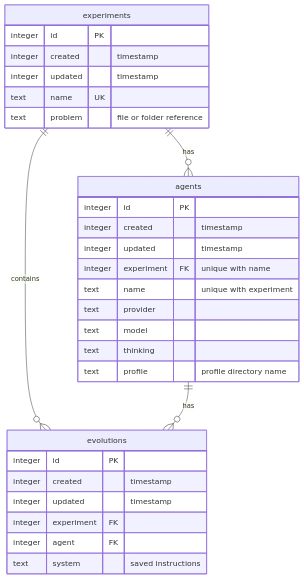
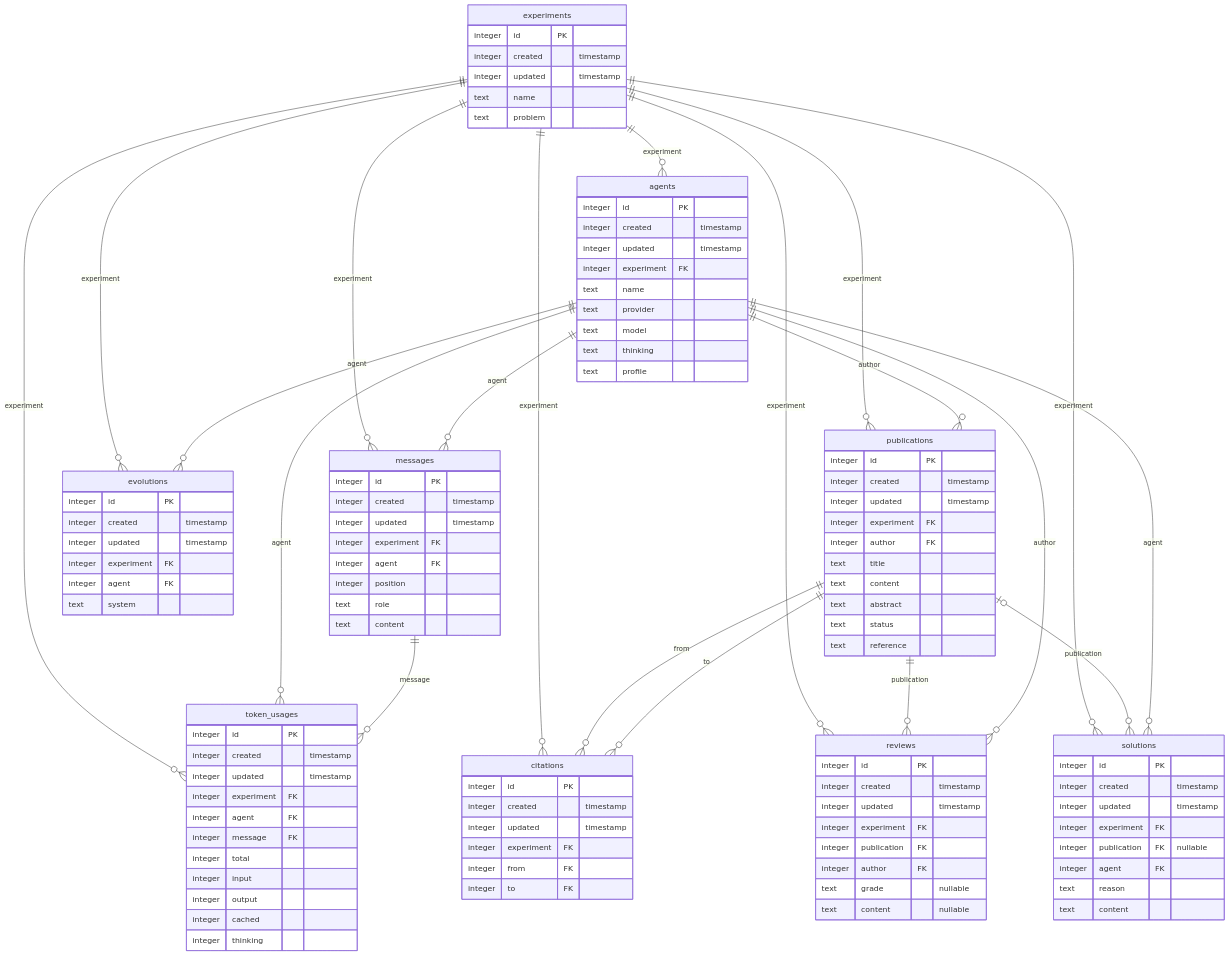
The diagram in docs/diagrams/dsgnrd-current.mmd (BenCoDev/dsgnrd), drawn with Mermaid before and after one commit. The commit also changed 35 other files, not shown here.

```diff
--- a/docs/diagrams/dsgnrd-current.mmd
+++ b/docs/diagrams/dsgnrd-current.mmd
@@ -1,30 +1,111 @@
+%% Implemented dsgnrd schema; generated by scripts/render-schema.mjs
 erDiagram
-    experiments {
-        integer id PK
-        integer created "timestamp"
-        integer updated "timestamp"
-        text name UK
-        text problem "file or folder reference"
-    }
+    direction TB
     agents {
         integer id PK
         integer created "timestamp"
         integer updated "timestamp"
-        integer experiment FK "unique with name"
-        text name "unique with experiment"
+        integer experiment FK
+        text name
         text provider
         text model
         text thinking
-        text profile "profile directory name"
+        text profile
     }
+    experiments ||--o{ agents : "experiment"
+    citations {
+        integer id PK
+        integer created "timestamp"
+        integer updated "timestamp"
+        integer experiment FK
+        integer from FK
+        integer to FK
+    }
+    experiments ||--o{ citations : "experiment"
+    publications ||--o{ citations : "from"
+    publications ||--o{ citations : "to"
     evolutions {
         integer id PK
         integer created "timestamp"
         integer updated "timestamp"
         integer experiment FK
         integer agent FK
-        text system "saved instructions"
+        text system
     }
-    experiments ||--o{ agents : has
-    experiments ||--o{ evolutions : contains
-    agents ||--o{ evolutions : has
+    experiments ||--o{ evolutions : "experiment"
+    agents ||--o{ evolutions : "agent"
+    experiments {
+        integer id PK
+        integer created "timestamp"
+        integer updated "timestamp"
+        text name
+        text problem
+    }
+    messages {
+        integer id PK
+        integer created "timestamp"
+        integer updated "timestamp"
+        integer experiment FK
+        integer agent FK
+        integer position
+        text role
+        text content
+    }
+    experiments ||--o{ messages : "experiment"
+    agents ||--o{ messages : "agent"
+    publications {
+        integer id PK
+        integer created "timestamp"
+        integer updated "timestamp"
+        integer experiment FK
+        integer author FK
+        text title
+        text content
+        text abstract
+        text status
+        text reference
+    }
+    experiments ||--o{ publications : "experiment"
+    agents ||--o{ publications : "author"
+    reviews {
+        integer id PK
+        integer created "timestamp"
+        integer updated "timestamp"
+        integer experiment FK
+        integer publication FK
+        integer author FK
+        text grade "nullable"
+        text content "nullable"
+    }
+    experiments ||--o{ reviews : "experiment"
+    publications ||--o{ reviews : "publication"
+    agents ||--o{ reviews : "author"
+    solutions {
+        integer id PK
+        integer created "timestamp"
+        integer updated "timestamp"
+        integer experiment FK
+        integer publication FK "nullable"
+        integer agent FK
+        text reason
+        text content
+    }
+    experiments ||--o{ solutions : "experiment"
+    publications |o--o{ solutions : "publication"
+    agents ||--o{ solutions : "agent"
+    token_usages {
+        integer id PK
+        integer created "timestamp"
+        integer updated "timestamp"
+        integer experiment FK
+        integer agent FK
+        integer message FK
+        integer total
+        integer input
+        integer output
+        integer cached
+        integer thinking
+    }
+    experiments ||--o{ token_usages : "experiment"
+    agents ||--o{ token_usages : "agent"
+    messages ||--o{ token_usages : "message"
```
